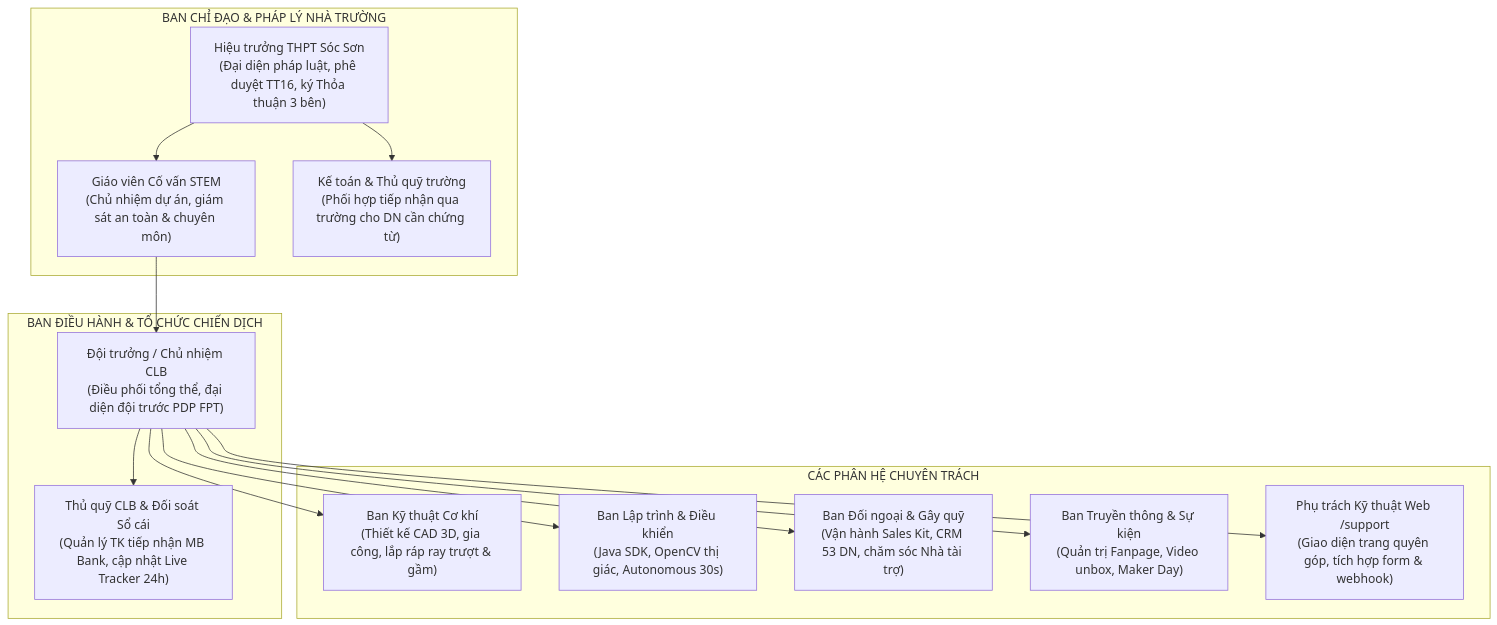
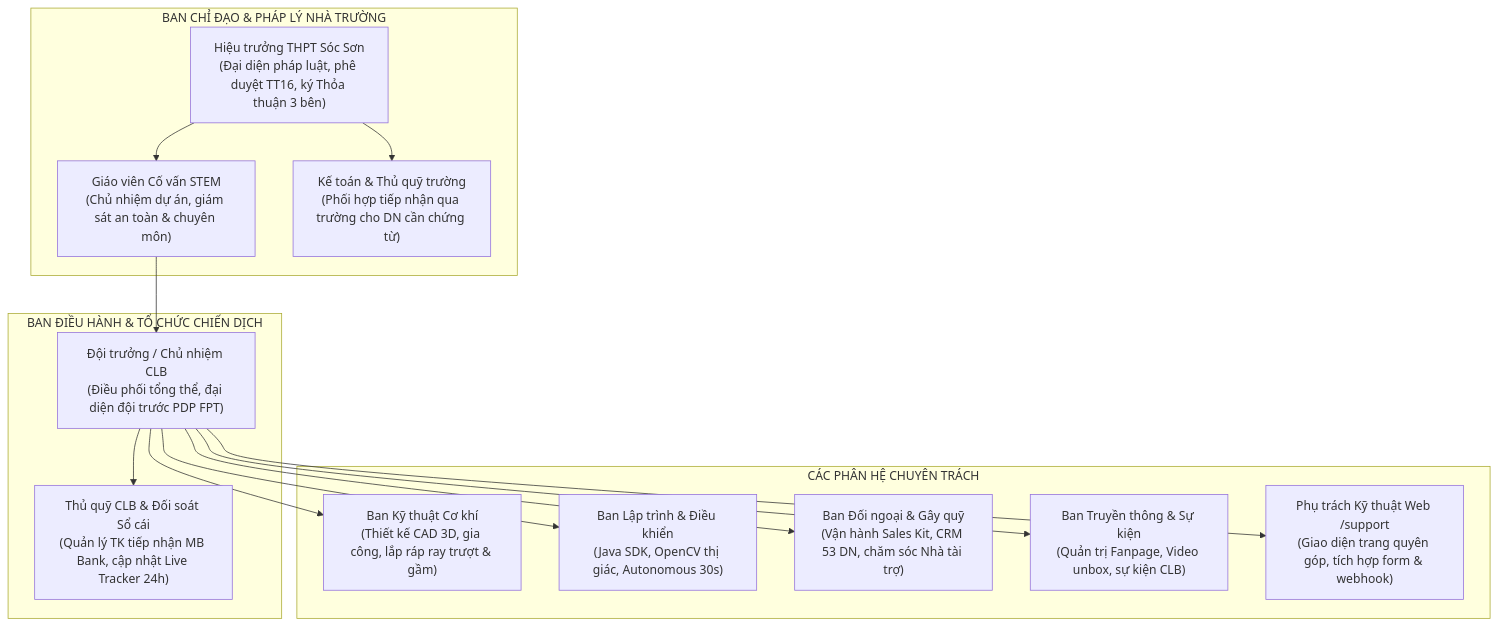
Before and after one commit to Minhmice/roboticssocson: the diagram in docs/campaign-2026-2027/14-phan-cong-nhan-su.md, drawn with Mermaid. The commit also changed other lines of this file and 367 other files, not shown here.

````diff
--- a/docs/campaign-2026-2027/14-phan-cong-nhan-su.md
+++ b/docs/campaign-2026-2027/14-phan-cong-nhan-su.md
@@ -9,31 +9,31 @@
 ```mermaid
 graph TD
     subgraph BAN_CHỈ_ĐẠO_NHÀ_TRƯỜNG["BAN CHỈ ĐẠO & PHÁP LÝ NHÀ TRƯỜNG"]
         H1["Hiệu trưởng THPT Sóc Sơn<br>(Đại diện pháp luật, phê duyệt TT16, ký Thỏa thuận 3 bên)"]
         H2["Giáo viên Cố vấn STEM<br>(Chủ nhiệm dự án, giám sát an toàn & chuyên môn)"]
         H3["Kế toán & Thủ quỹ trường<br>(Phối hợp tiếp nhận qua trường cho DN cần chứng từ)"]
     end
 
     subgraph BAN_ĐIỀU_HÀNH_CLB["BAN ĐIỀU HÀNH & TỔ CHỨC CHIẾN DỊCH"]
         S1["Đội trưởng / Chủ nhiệm CLB<br>(Điều phối tổng thể, đại diện đội trước PDP FPT)"]
         S2["Thủ quỹ CLB & Đối soát Sổ cái<br>(Quản lý TK tiếp nhận MB Bank, cập nhật Live Tracker 24h)"]
     end
 
     subgraph CÁC_BAN_CHUYÊN_TRÁCH["CÁC PHÂN HỆ CHUYÊN TRÁCH"]
         B1["Ban Kỹ thuật Cơ khí<br>(Thiết kế CAD 3D, gia công, lắp ráp ray trượt & gầm)"]
         B2["Ban Lập trình & Điều khiển<br>(Java SDK, OpenCV thị giác, Autonomous 30s)"]
         B3["Ban Đối ngoại & Gây quỹ<br>(Vận hành Sales Kit, CRM 53 DN, chăm sóc Nhà tài trợ)"]
-        B4["Ban Truyền thông & Sự kiện<br>(Quản trị Fanpage, Video unbox, Maker Day)"]
+        B4["Ban Truyền thông & Sự kiện<br>(Quản trị Fanpage, Video unbox, sự kiện CLB)"]
         B5["Phụ trách Kỹ thuật Web /support<br>(Giao diện trang quyên góp, tích hợp form & webhook)"]
     end
 
     H1 --> H2
     H1 --> H3
     H2 --> S1
     S1 --> S2
     S1 --> B1
     S1 --> B2
     S1 --> B3
     S1 --> B4
     S1 --> B5
 ```
````
